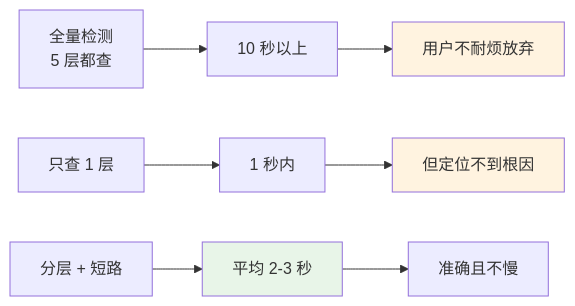
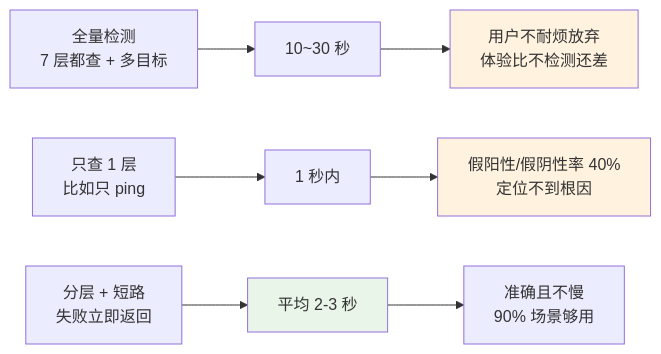
One commit to chongyang211/YCBookBlog changed the third of 13 diagrams in docs/10.真经/05.方案设计思想/13.网络检测方案设计.md. Above: the diagram before and after it, drawn with Mermaid. The commit also changed other lines of this file and 36 other files, not shown here.

````diff
--- a/docs/10.真经/05.方案设计思想/13.网络检测方案设计.md
+++ b/docs/10.真经/05.方案设计思想/13.网络检测方案设计.md
@@ -143,15 +188,15 @@
 ```mermaid
 graph LR
-    A[全量检测<br/>5 层都查] --> B[10 秒以上]
-    B --> C[用户不耐烦放弃]
+    A[全量检测<br/>7 层都查 + 多目标] --> B[10~30 秒]
+    B --> C[用户不耐烦放弃<br/>体验比不检测还差]
     
-    A2[只查 1 层] --> B2[1 秒内]
-    B2 --> C2[但定位不到根因]
+    A2[只查 1 层<br/>比如只 ping] --> B2[1 秒内]
+    B2 --> C2[假阳性/假阴性率 40%<br/>定位不到根因]
     
-    A3[分层 + 短路] --> B3[平均 2-3 秒]
-    B3 --> C3[准确且不慢]
+    A3[分层 + 短路<br/>失败立即返回] --> B3[平均 2-3 秒]
+    B3 --> C3[准确且不慢<br/>90% 场景够用]
     
     style C fill:#fff3e0
     style C2 fill:#fff3e0
     style B3 fill:#e8f5e8
 ```
````
